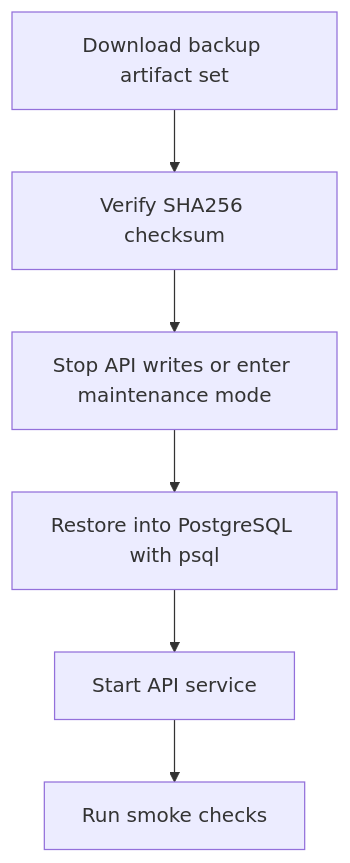
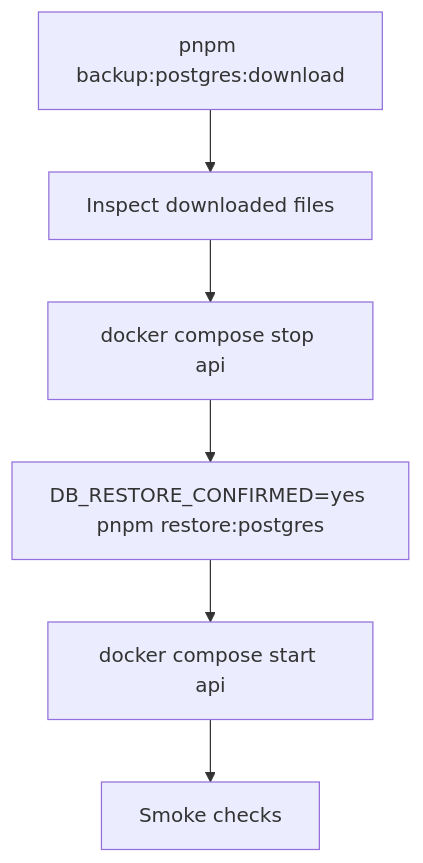
Before and after one commit to DriveToTech/ksiegowy-vibe: the diagram in docs/restore-postgresql.md, drawn with Mermaid. The commit also changed other lines of this file and 7 other files, not shown here.

Commit message:
feat(backup): add postgres download and restore commands

````diff
--- a/docs/restore-postgresql.md
+++ b/docs/restore-postgresql.md
@@ -27,8 +75,8 @@
 ```mermaid
 flowchart TD
-    A[Download backup artifact set] --> B[Verify SHA256 checksum]
-    B --> C[Stop API writes or enter maintenance mode]
-    C --> D[Restore into PostgreSQL with psql]
-    D --> E[Start API service]
-    E --> F[Run smoke checks]
+    A[pnpm backup:postgres:download] --> B[Inspect downloaded files]
+    B --> C[docker compose stop api]
+    C --> D[DB_RESTORE_CONFIRMED=yes pnpm restore:postgres]
+    D --> E[docker compose start api]
+    E --> F[Smoke checks]
 ```
````
